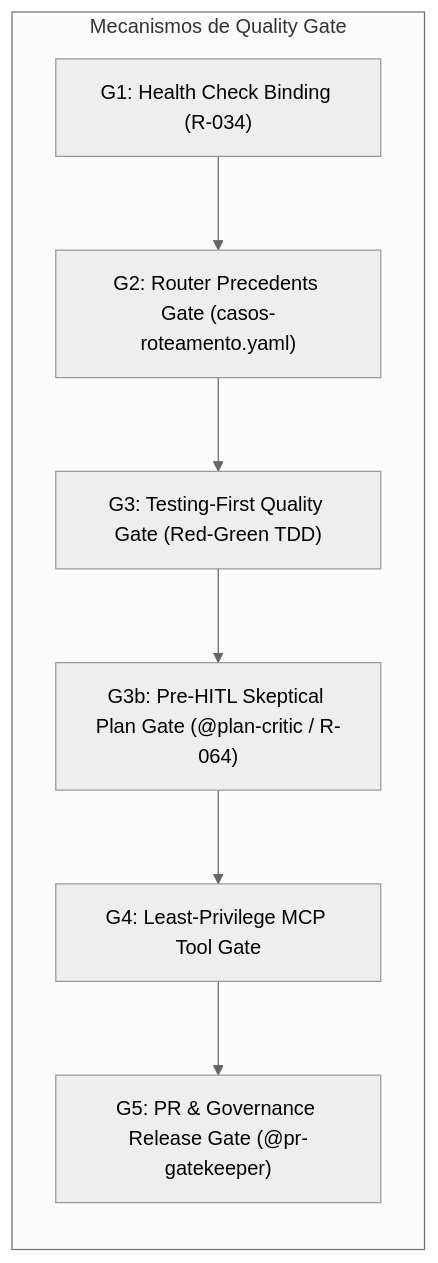
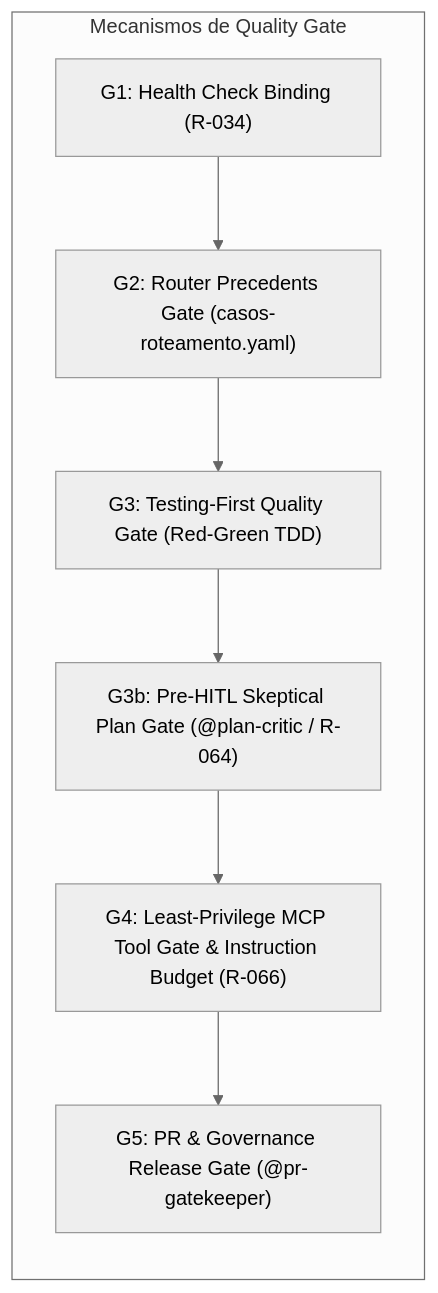
One commit to jezreel8858/deep-agents-copilot changed the fifth of 5 diagrams in docs/architecture/ARCHITECTURE_AND_GOVERNANCE_GUIDE.md. Above: the diagram before and after it, drawn with Mermaid (neutral theme). The commit also changed other lines of this file and 105 other files, not shown here.

````diff
--- a/docs/architecture/ARCHITECTURE_AND_GOVERNANCE_GUIDE.md
+++ b/docs/architecture/ARCHITECTURE_AND_GOVERNANCE_GUIDE.md
@@ -324,13 +336,13 @@
 ```mermaid
 graph LR
     subgraph Gates["Mecanismos de Quality Gate"]
         G1["G1: Health Check Binding (R-034)"]
         G2["G2: Router Precedents Gate (casos-roteamento.yaml)"]
         G3["G3: Testing-First Quality Gate (Red-Green TDD)"]
         G3b["G3b: Pre-HITL Skeptical Plan Gate (@plan-critic / R-064)"]
-        G4["G4: Least-Privilege MCP Tool Gate"]
+        G4["G4: Least-Privilege MCP Tool Gate & Instruction Budget (R-066)"]
         G5["G5: PR & Governance Release Gate (@pr-gatekeeper)"]
     end
 
     G1 --> G2 --> G3 --> G3b --> G4 --> G5
 ```
````
